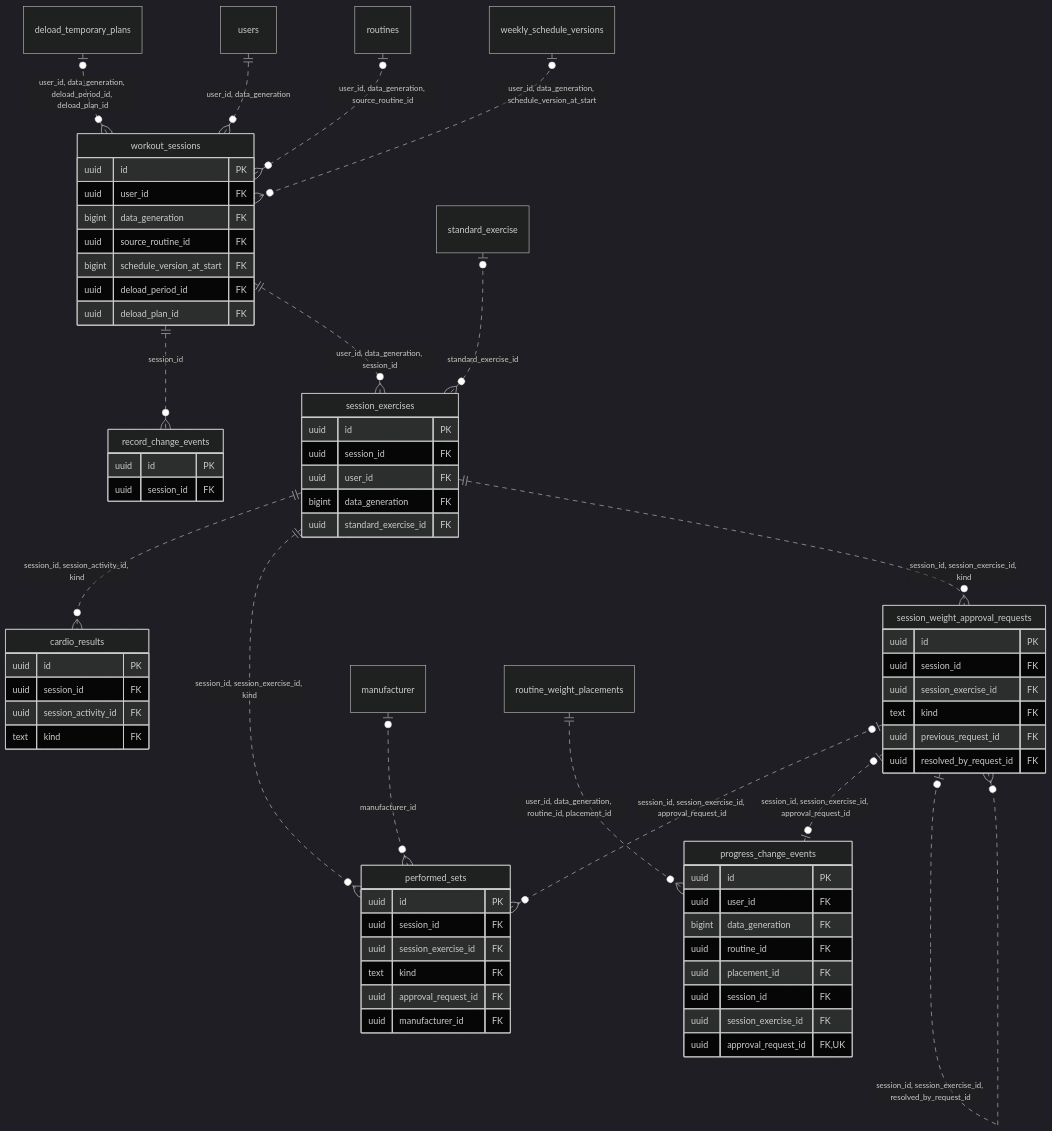
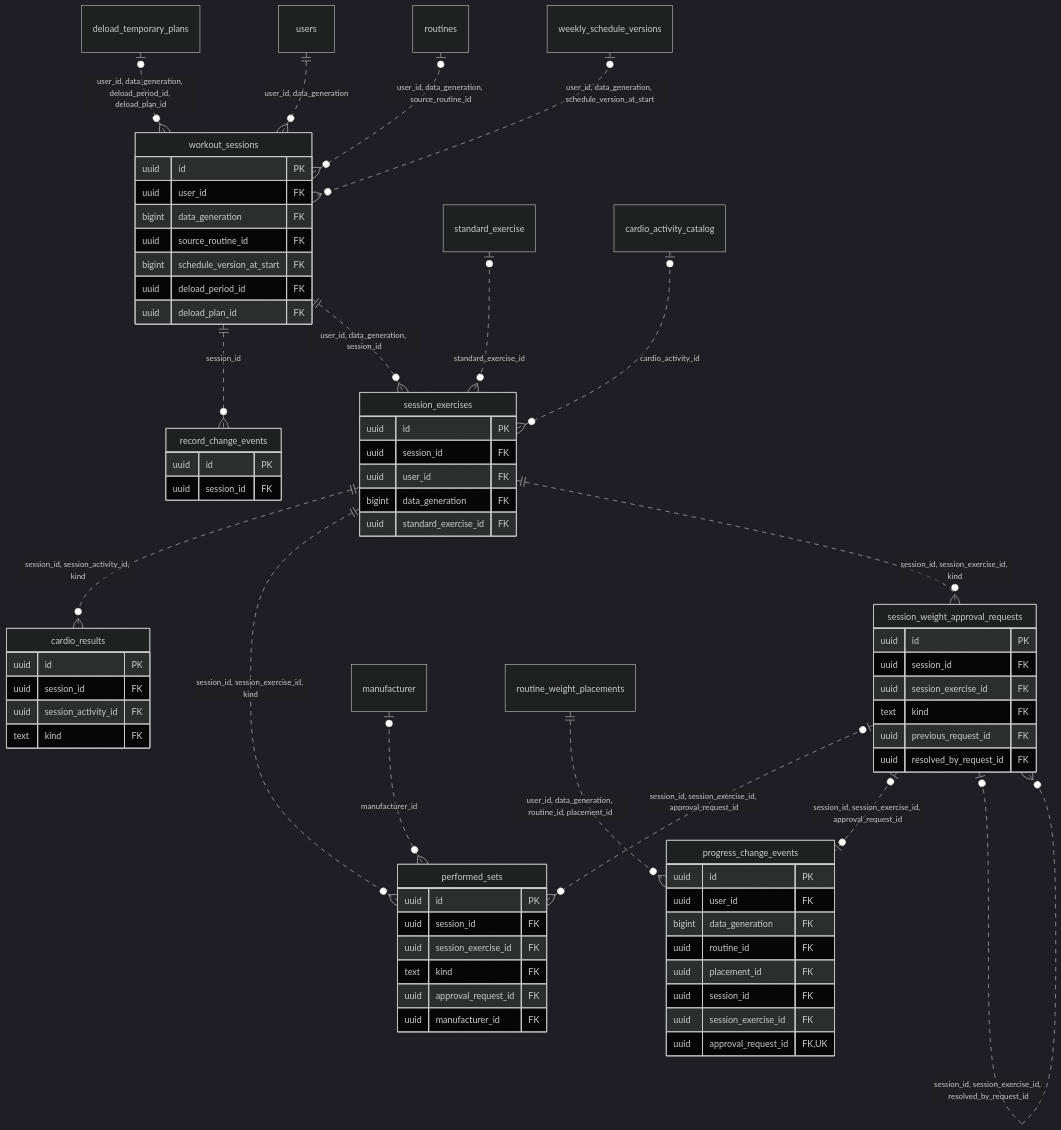
Before and after one commit to Bona-Stella/overload-server: the sixth of 8 diagrams in docs/database/erd.md, drawn with Mermaid (dark theme). The commit also changed other lines of this file and 88 other files, not shown here.

````diff
--- a/docs/database/erd.md
+++ b/docs/database/erd.md
@@ -250,72 +275,73 @@
 ```mermaid
 erDiagram
     direction TB
     workout_sessions {
         uuid id PK
         uuid user_id FK
         bigint data_generation FK
         uuid source_routine_id FK
         bigint schedule_version_at_start FK
         uuid deload_period_id FK
         uuid deload_plan_id FK
     }
     session_exercises {
         uuid id PK
         uuid session_id FK
         uuid user_id FK
         bigint data_generation FK
         uuid standard_exercise_id FK
     }
     performed_sets {
         uuid id PK
         uuid session_id FK
         uuid session_exercise_id FK
         text kind FK
         uuid approval_request_id FK
         uuid manufacturer_id FK
     }
     cardio_results {
         uuid id PK
         uuid session_id FK
         uuid session_activity_id FK
         text kind FK
     }
     session_weight_approval_requests {
         uuid id PK
         uuid session_id FK
         uuid session_exercise_id FK
         text kind FK
         uuid previous_request_id FK
         uuid resolved_by_request_id FK
     }
     progress_change_events {
         uuid id PK
         uuid user_id FK
         bigint data_generation FK
         uuid routine_id FK
         uuid placement_id FK
         uuid session_id FK
         uuid session_exercise_id FK
         uuid approval_request_id FK, UK
     }
     record_change_events {
         uuid id PK
         uuid session_id FK
     }
     session_exercises ||..o{ cardio_results : "session_id, session_activity_id, kind"
     manufacturer |o..o{ performed_sets : "manufacturer_id"
     session_weight_approval_requests |o..o{ performed_sets : "session_id, session_exercise_id, approval_request_id"
     session_exercises ||..o{ performed_sets : "session_id, session_exercise_id, kind"
     session_weight_approval_requests |o..o| progress_change_events : "session_id, session_exercise_id, approval_request_id"
     routine_weight_placements ||..o{ progress_change_events : "user_id, data_generation, routine_id, placement_id"
     workout_sessions ||..o{ record_change_events : "session_id"
     standard_exercise |o..o{ session_exercises : "standard_exercise_id"
+    cardio_activity_catalog |o..o{ session_exercises : "cardio_activity_id"
     workout_sessions ||..o{ session_exercises : "user_id, data_generation, session_id"
     session_weight_approval_requests |o..o{ session_weight_approval_requests : "session_id, session_exercise_id, previous_request_id"
     session_weight_approval_requests |o..o{ session_weight_approval_requests : "session_id, session_exercise_id, resolved_by_request_id"
     session_exercises ||..o{ session_weight_approval_requests : "session_id, session_exercise_id, kind"
     deload_temporary_plans |o..o{ workout_sessions : "user_id, data_generation, deload_period_id, deload_plan_id"
     users ||..o{ workout_sessions : "user_id, data_generation"
     routines |o..o{ workout_sessions : "user_id, data_generation, source_routine_id"
     weekly_schedule_versions |o..o{ workout_sessions : "user_id, data_generation, schedule_version_at_start"
 ```
````
